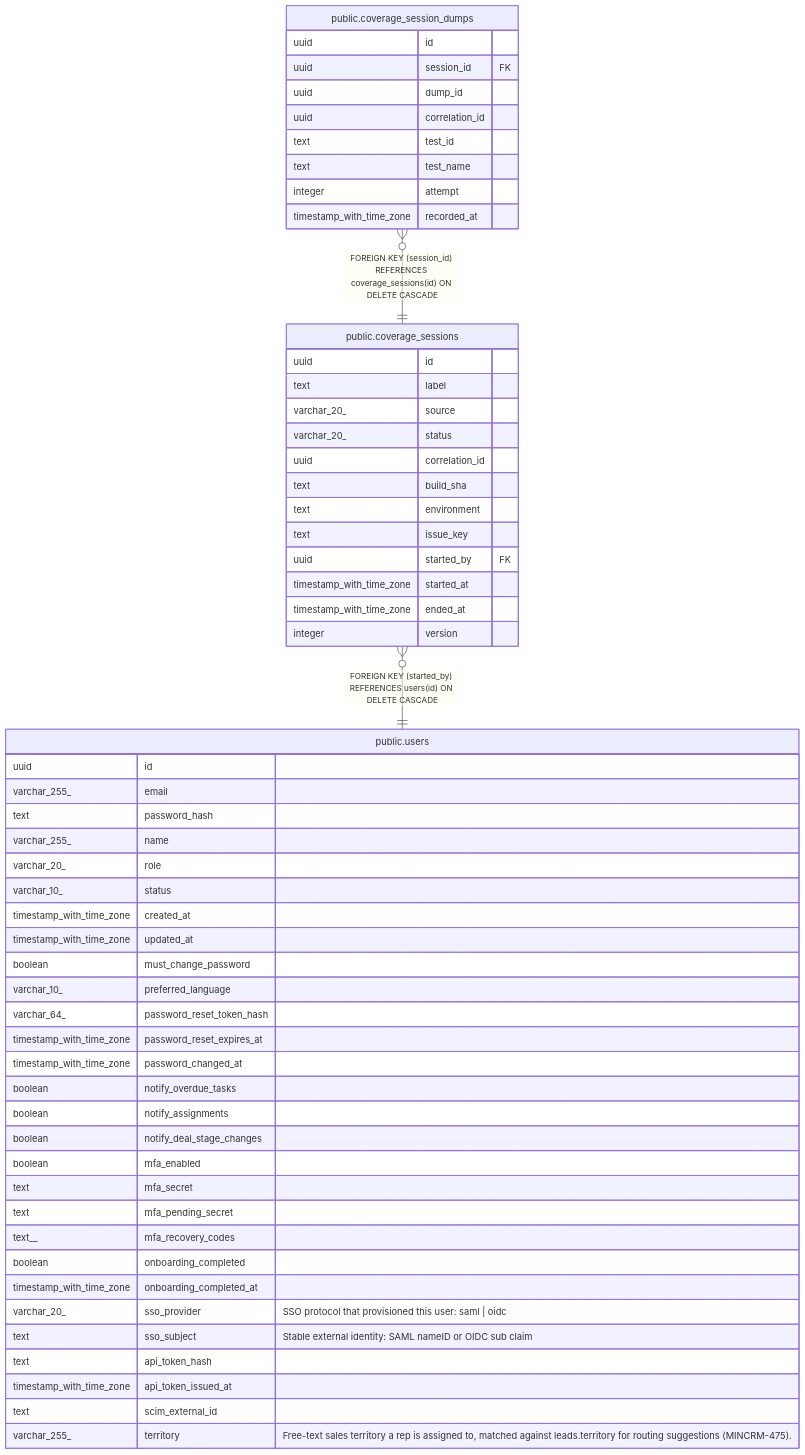
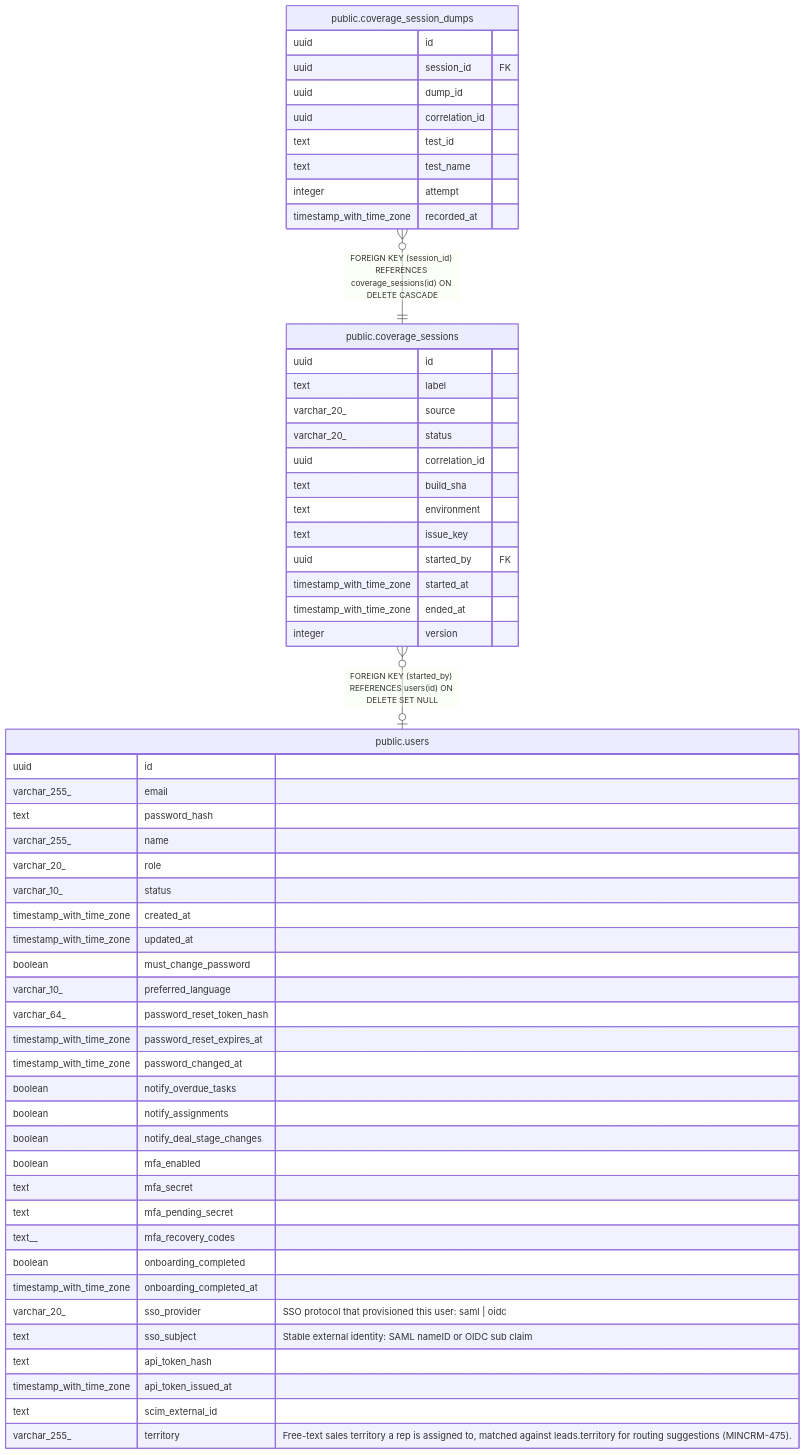
One commit to rkseattle/minicrm changed the diagram in docs/schema/public.coverage_sessions.md. Above: the diagram before and after it, drawn with Mermaid. The commit also changed other lines of this file and 15 other files, not shown here.

````diff
--- a/docs/schema/public.coverage_sessions.md
+++ b/docs/schema/public.coverage_sessions.md
@@ -46,61 +46,61 @@
 ```mermaid
 erDiagram
 
 "public.coverage_session_dumps" }o--|| "public.coverage_sessions" : "FOREIGN KEY (session_id) REFERENCES coverage_sessions(id) ON DELETE CASCADE"
-"public.coverage_sessions" }o--|| "public.users" : "FOREIGN KEY (started_by) REFERENCES users(id) ON DELETE CASCADE"
+"public.coverage_sessions" }o--o| "public.users" : "FOREIGN KEY (started_by) REFERENCES users(id) ON DELETE SET NULL"
 
 "public.coverage_sessions" {
   uuid id ""
   text label ""
   varchar_20_ source ""
   varchar_20_ status ""
   uuid correlation_id ""
   text build_sha ""
   text environment ""
   text issue_key ""
   uuid started_by FK ""
   timestamp_with_time_zone started_at ""
   timestamp_with_time_zone ended_at ""
   integer version ""
 }
 "public.coverage_session_dumps" {
   uuid id ""
   uuid session_id FK ""
   uuid dump_id ""
   uuid correlation_id ""
   text test_id ""
   text test_name ""
   integer attempt ""
   timestamp_with_time_zone recorded_at ""
 }
 "public.users" {
   uuid id ""
   varchar_255_ email ""
   text password_hash ""
   varchar_255_ name ""
   varchar_20_ role ""
   varchar_10_ status ""
   timestamp_with_time_zone created_at ""
   timestamp_with_time_zone updated_at ""
   boolean must_change_password ""
   varchar_10_ preferred_language ""
   varchar_64_ password_reset_token_hash ""
   timestamp_with_time_zone password_reset_expires_at ""
   timestamp_with_time_zone password_changed_at ""
   boolean notify_overdue_tasks ""
   boolean notify_assignments ""
   boolean notify_deal_stage_changes ""
   boolean mfa_enabled ""
   text mfa_secret ""
   text mfa_pending_secret ""
   text__ mfa_recovery_codes ""
   boolean onboarding_completed ""
   timestamp_with_time_zone onboarding_completed_at ""
   varchar_20_ sso_provider "SSO protocol that provisioned this user: saml | oidc"
   text sso_subject "Stable external identity: SAML nameID or OIDC sub claim"
   text api_token_hash ""
   timestamp_with_time_zone api_token_issued_at ""
   text scim_external_id ""
   varchar_255_ territory "Free-text sales territory a rep is assigned to, matched against leads.territory for routing suggestions (MINCRM-475)."
 }
 ```
````
